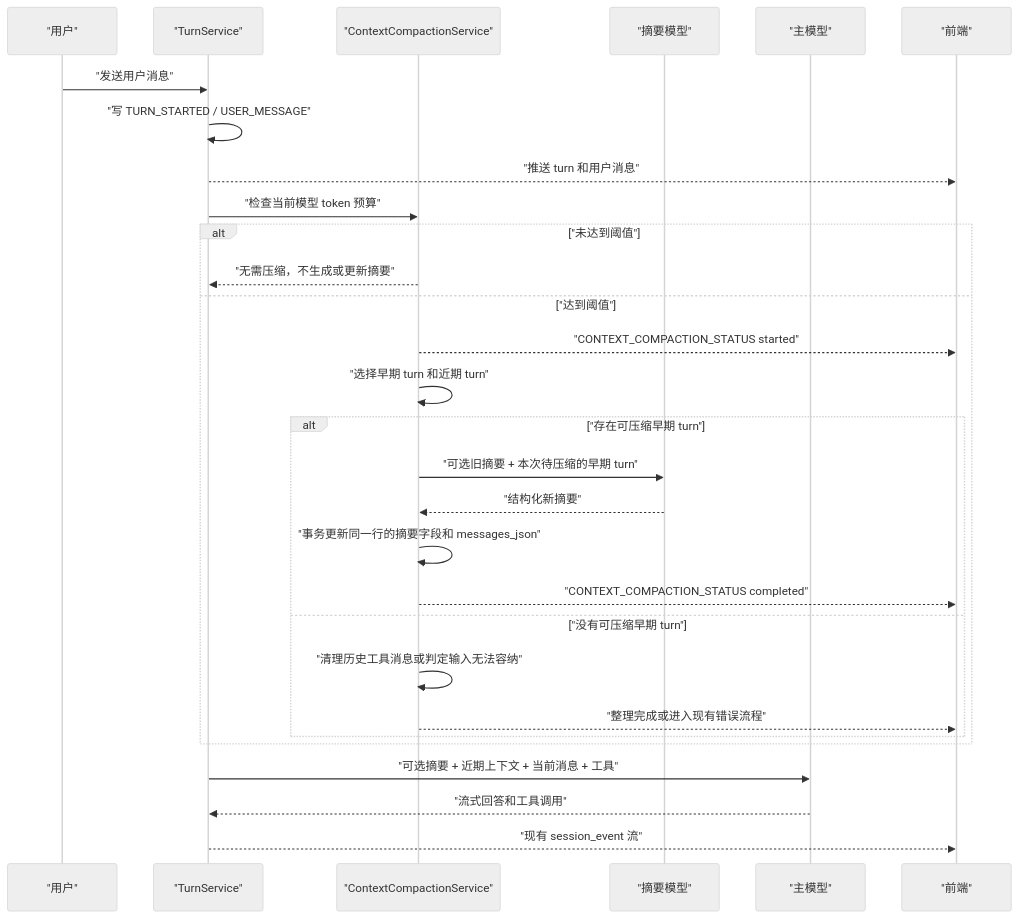
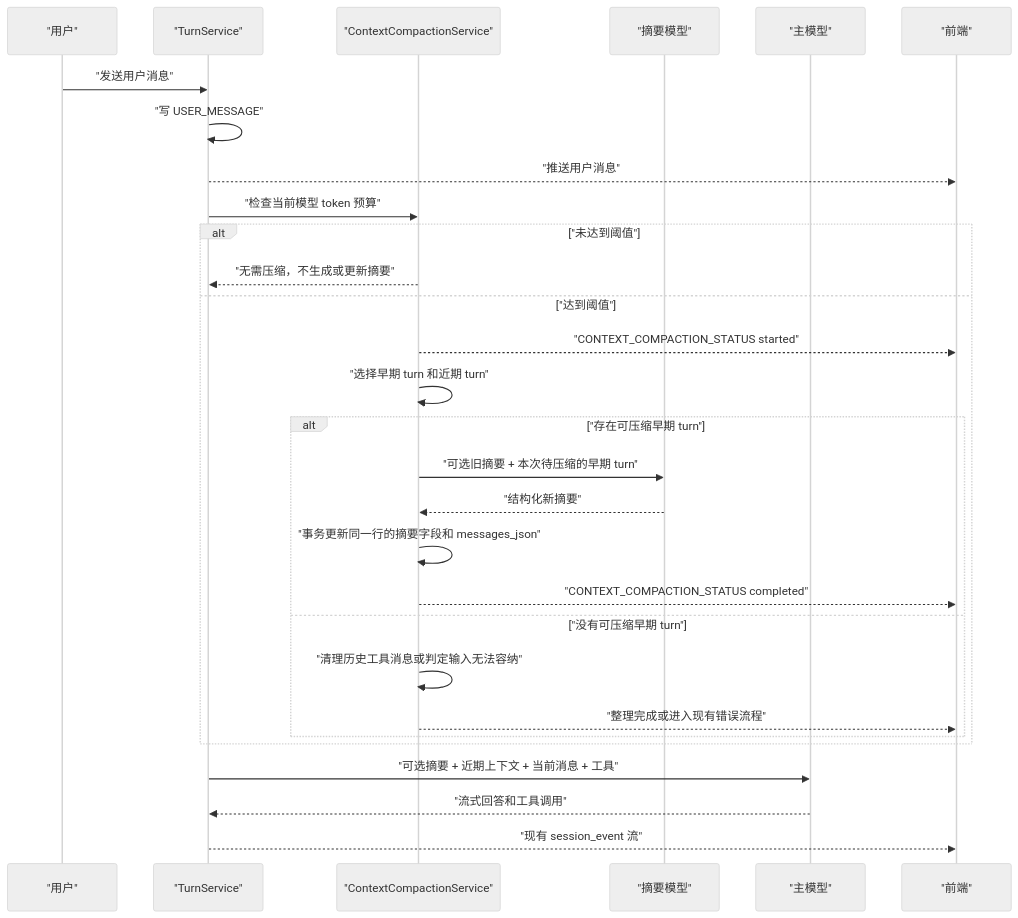
One commit to gotosan/mboo-code changed the third of 3 diagrams in docs/session-context-memory-design.md. Above: the diagram before and after it, drawn with Mermaid (neutral theme). The commit also changed other lines of this file and 23 other files, not shown here.

````diff
--- a/docs/session-context-memory-design.md
+++ b/docs/session-context-memory-design.md
@@ -438,32 +437,32 @@
 ```mermaid
 sequenceDiagram
     participant U as "用户"
     participant T as "TurnService"
     participant C as "ContextCompactionService"
     participant S as "摘要模型"
     participant M as "主模型"
     participant F as "前端"
 
     U->>T: "发送用户消息"
-    T->>T: "写 TURN_STARTED / USER_MESSAGE"
-    T-->>F: "推送 turn 和用户消息"
+    T->>T: "写 USER_MESSAGE"
+    T-->>F: "推送用户消息"
     T->>C: "检查当前模型 token 预算"
     alt "未达到阈值"
         C-->>T: "无需压缩，不生成或更新摘要"
     else "达到阈值"
         C-->>F: "CONTEXT_COMPACTION_STATUS started"
         C->>C: "选择早期 turn 和近期 turn"
         alt "存在可压缩早期 turn"
             C->>S: "可选旧摘要 + 本次待压缩的早期 turn"
             S-->>C: "结构化新摘要"
             C->>C: "事务更新同一行的摘要字段和 messages_json"
             C-->>F: "CONTEXT_COMPACTION_STATUS completed"
         else "没有可压缩早期 turn"
             C->>C: "清理历史工具消息或判定输入无法容纳"
             C-->>F: "整理完成或进入现有错误流程"
         end
     end
     T->>M: "可选摘要 + 近期上下文 + 当前消息 + 工具"
     M-->>T: "流式回答和工具调用"
     T-->>F: "现有 session_event 流"
 ```
````
